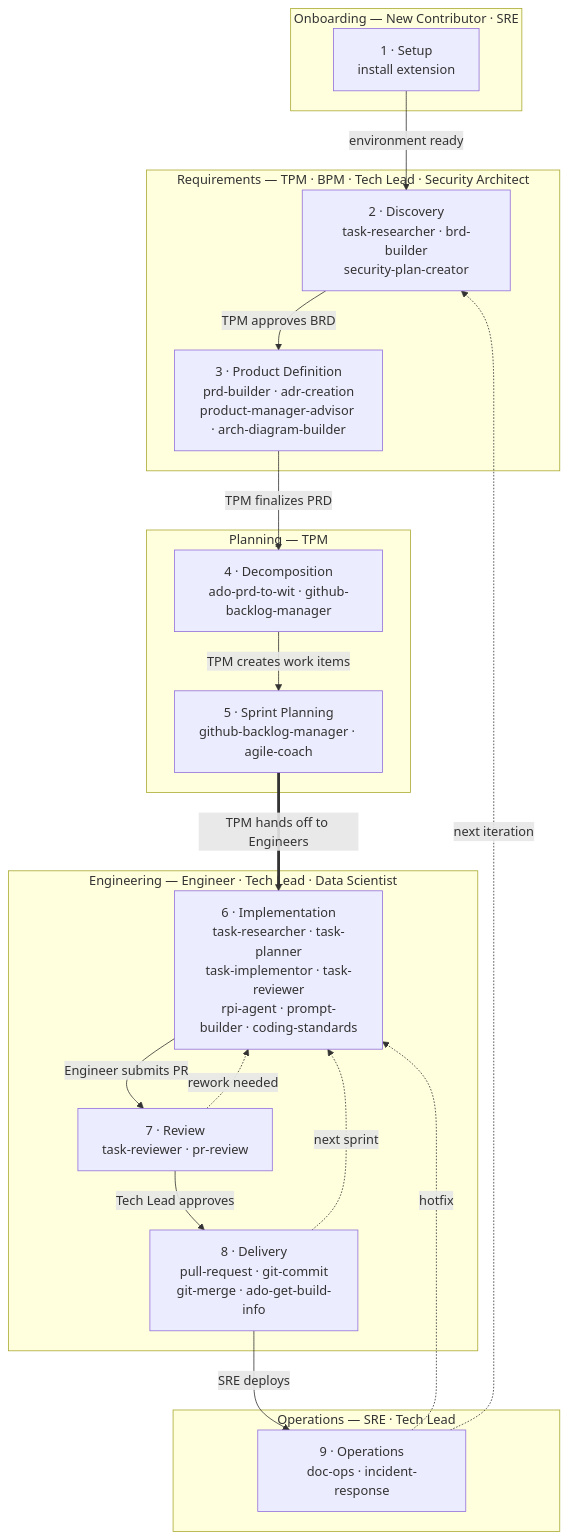
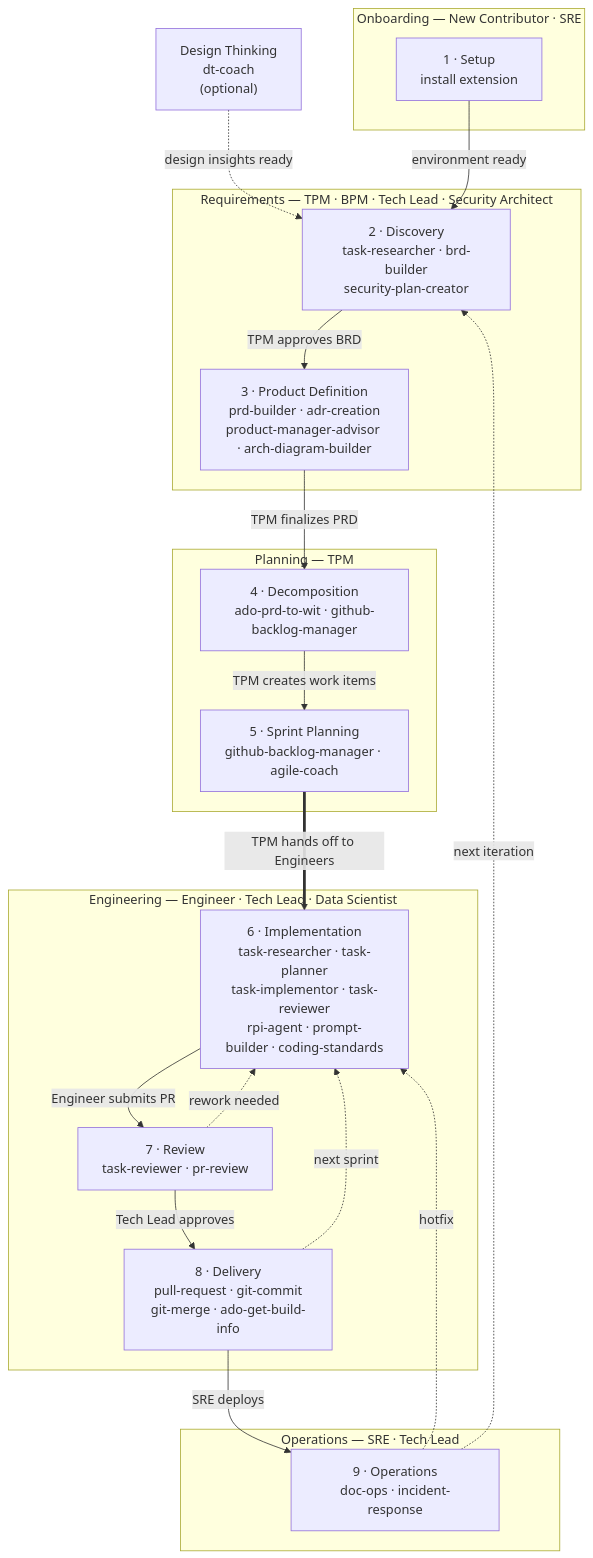
One commit to beragowhere/hve-core-adapted changed the first of 2 diagrams in docs/hve-guide/README.md. Above: the diagram before and after it, drawn with Mermaid. The commit also changed other lines of this file and 24 other files, not shown here.

First line of the commit message:
docs: add Design Thinking documentation for all nine methods

````diff
--- a/docs/hve-guide/README.md
+++ b/docs/hve-guide/README.md
@@ -25,39 +25,40 @@
 ```mermaid
 flowchart TD
     subgraph onboard["Onboarding — New Contributor · SRE"]
         S1["1 · Setup<br/>install extension"]
     end
 
     subgraph requirements["Requirements — TPM · BPM · Tech Lead · Security Architect"]
         S2["2 · Discovery<br/>task-researcher · brd-builder<br/>security-plan-creator"]
         S3["3 · Product Definition<br/>prd-builder · adr-creation<br/>product-manager-advisor · arch-diagram-builder"]
     end
 
     subgraph planning["Planning — TPM"]
         S4["4 · Decomposition<br/>ado-prd-to-wit · github-backlog-manager"]
         S5["5 · Sprint Planning<br/>github-backlog-manager · agile-coach"]
     end
 
     subgraph engineering["Engineering — Engineer · Tech Lead · Data Scientist"]
         S6["6 · Implementation<br/>task-researcher · task-planner<br/>task-implementor · task-reviewer<br/>rpi-agent · prompt-builder · coding-standards"]
         S7["7 · Review<br/>task-reviewer · pr-review"]
         S8["8 · Delivery<br/>pull-request · git-commit<br/>git-merge · ado-get-build-info"]
     end
 
     subgraph operations["Operations — SRE · Tech Lead"]
         S9["9 · Operations<br/>doc-ops · incident-response"]
     end
 
+    DT["Design Thinking<br/>dt-coach<br/>(optional)"] -.->|"design insights ready"| S2
     S1 -->|"environment ready"| S2
     S2 -->|"TPM approves BRD"| S3
     S3 -->|"TPM finalizes PRD"| S4
     S4 -->|"TPM creates work items"| S5
     S5 ==>|"TPM hands off to Engineers"| S6
     S6 -->|"Engineer submits PR"| S7
     S7 -->|"Tech Lead approves"| S8
     S7 -.->|"rework needed"| S6
     S8 -->|"SRE deploys"| S9
     S8 -.->|"next sprint"| S6
     S9 -.->|"hotfix"| S6
     S9 -.->|"next iteration"| S2
 ```
````
